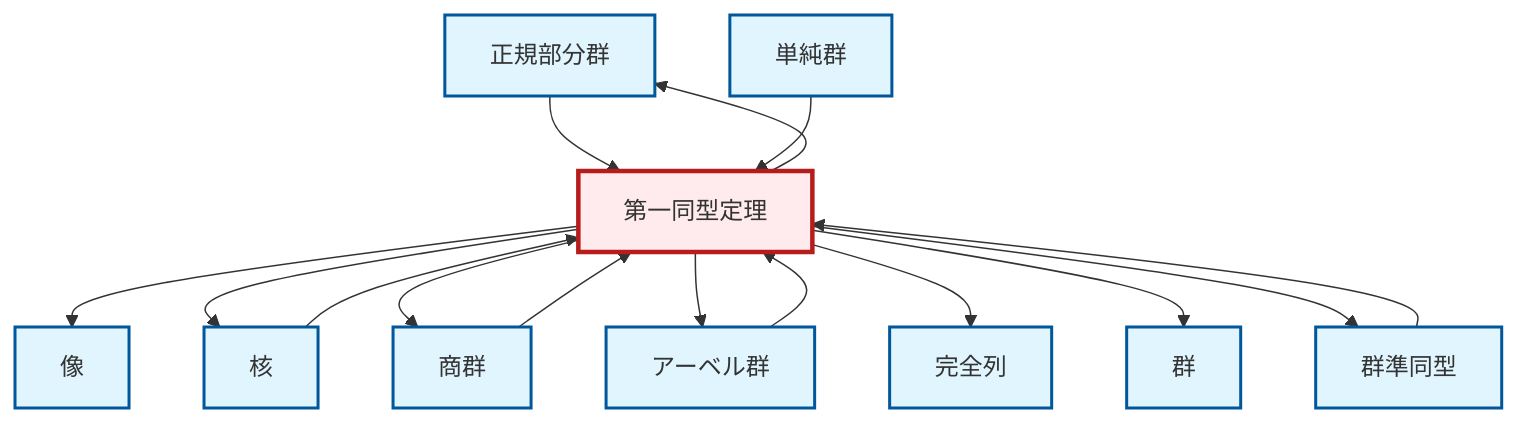
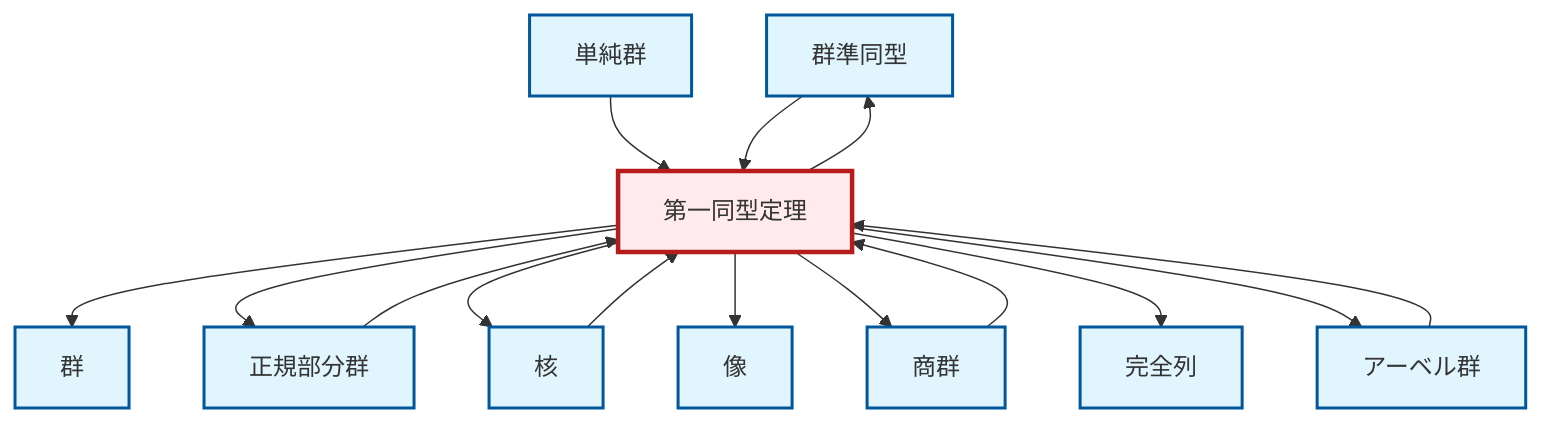
One commit to RK0429/ModernMath changed the diagram in output/mermaid/ja/thm-first-isomorphism.mermaid. Above: the diagram before and after it, drawn with Mermaid. The commit also changed other lines of this file and 3098 other files, not shown here.

```diff
--- a/output/mermaid/ja/thm-first-isomorphism.mermaid
+++ b/output/mermaid/ja/thm-first-isomorphism.mermaid
@@ -1,31 +1,31 @@
 graph TD
     classDef definition fill:#e1f5fe,stroke:#01579b,stroke-width:2px
     classDef theorem fill:#f3e5f5,stroke:#4a148c,stroke-width:2px
     classDef axiom fill:#fff3e0,stroke:#e65100,stroke-width:2px
     classDef example fill:#e8f5e9,stroke:#1b5e20,stroke-width:2px
     classDef current fill:#ffebee,stroke:#b71c1c,stroke-width:3px
+    def-homomorphism["群準同型"]:::definition
+    def-kernel["核"]:::definition
+    def-abelian-group["アーベル群"]:::definition
+    def-exact-sequence["完全列"]:::definition
+    thm-first-isomorphism["第一同型定理"]:::theorem
+    def-image["像"]:::definition
     def-group["群"]:::definition
-    def-image["像"]:::definition
     def-normal-subgroup["正規部分群"]:::definition
-    def-exact-sequence["完全列"]:::definition
     def-quotient-group["商群"]:::definition
     def-simple-group["単純群"]:::definition
-    def-homomorphism["群準同型"]:::definition
-    def-kernel["核"]:::definition
-    thm-first-isomorphism["第一同型定理"]:::theorem
-    def-abelian-group["アーベル群"]:::definition
+    thm-first-isomorphism --> def-group
     def-quotient-group --> thm-first-isomorphism
+    thm-first-isomorphism --> def-normal-subgroup
+    thm-first-isomorphism --> def-kernel
     def-abelian-group --> thm-first-isomorphism
+    def-simple-group --> thm-first-isomorphism
     thm-first-isomorphism --> def-image
-    thm-first-isomorphism --> def-kernel
+    thm-first-isomorphism --> def-quotient-group
+    thm-first-isomorphism --> def-homomorphism
+    thm-first-isomorphism --> def-exact-sequence
+    thm-first-isomorphism --> def-abelian-group
+    def-homomorphism --> thm-first-isomorphism
     def-kernel --> thm-first-isomorphism
-    thm-first-isomorphism --> def-normal-subgroup
     def-normal-subgroup --> thm-first-isomorphism
-    thm-first-isomorphism --> def-quotient-group
-    thm-first-isomorphism --> def-abelian-group
-    thm-first-isomorphism --> def-exact-sequence
-    def-homomorphism --> thm-first-isomorphism
-    thm-first-isomorphism --> def-group
-    def-simple-group --> thm-first-isomorphism
-    thm-first-isomorphism --> def-homomorphism
     class thm-first-isomorphism current
```
